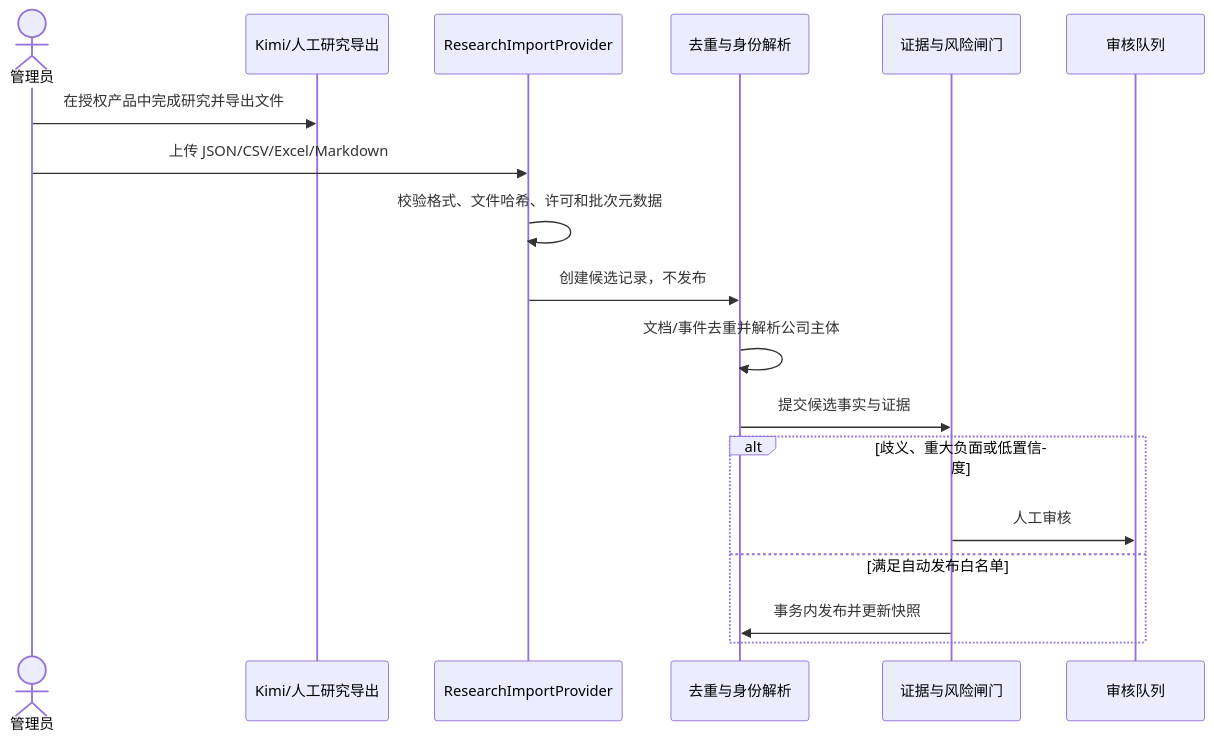
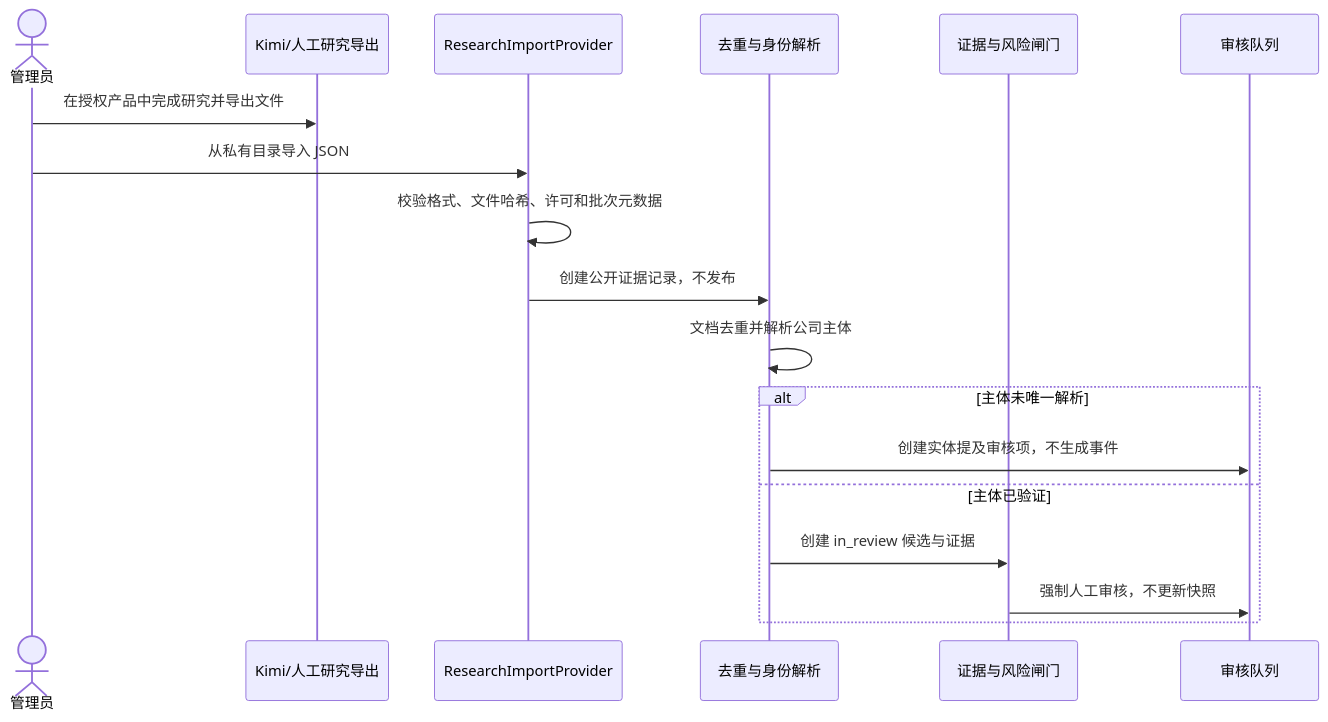
Before and after one commit to daiphoon/dealflow-radar: the diagram in docs/05-data-source-strategy.md, drawn with Mermaid. The commit also changed other lines of this file and 23 other files, not shown here.

````diff
--- a/docs/05-data-source-strategy.md
+++ b/docs/05-data-source-strategy.md
@@ -71,20 +74,20 @@
 ```mermaid
 sequenceDiagram
   actor A as 管理员
   participant K as Kimi/人工研究导出
   participant I as ResearchImportProvider
   participant D as 去重与身份解析
   participant G as 证据与风险闸门
   participant Q as 审核队列
   A->>K: 在授权产品中完成研究并导出文件
-  A->>I: 上传 JSON/CSV/Excel/Markdown
+  A->>I: 从私有目录导入 JSON
   I->>I: 校验格式、文件哈希、许可和批次元数据
-  I->>D: 创建候选记录，不发布
-  D->>D: 文档/事件去重并解析公司主体
-  D->>G: 提交候选事实与证据
-  alt 歧义、重大负面或低置信度
-    G->>Q: 人工审核
-  else 满足自动发布白名单
-    G->>D: 事务内发布并更新快照
+  I->>D: 创建公开证据记录，不发布
+  D->>D: 文档去重并解析公司主体
+  alt 主体未唯一解析
+    D->>Q: 创建实体提及审核项，不生成事件
+  else 主体已验证
+    D->>G: 创建 in_review 候选与证据
+    G->>Q: 强制人工审核，不更新快照
   end
 ```
````
